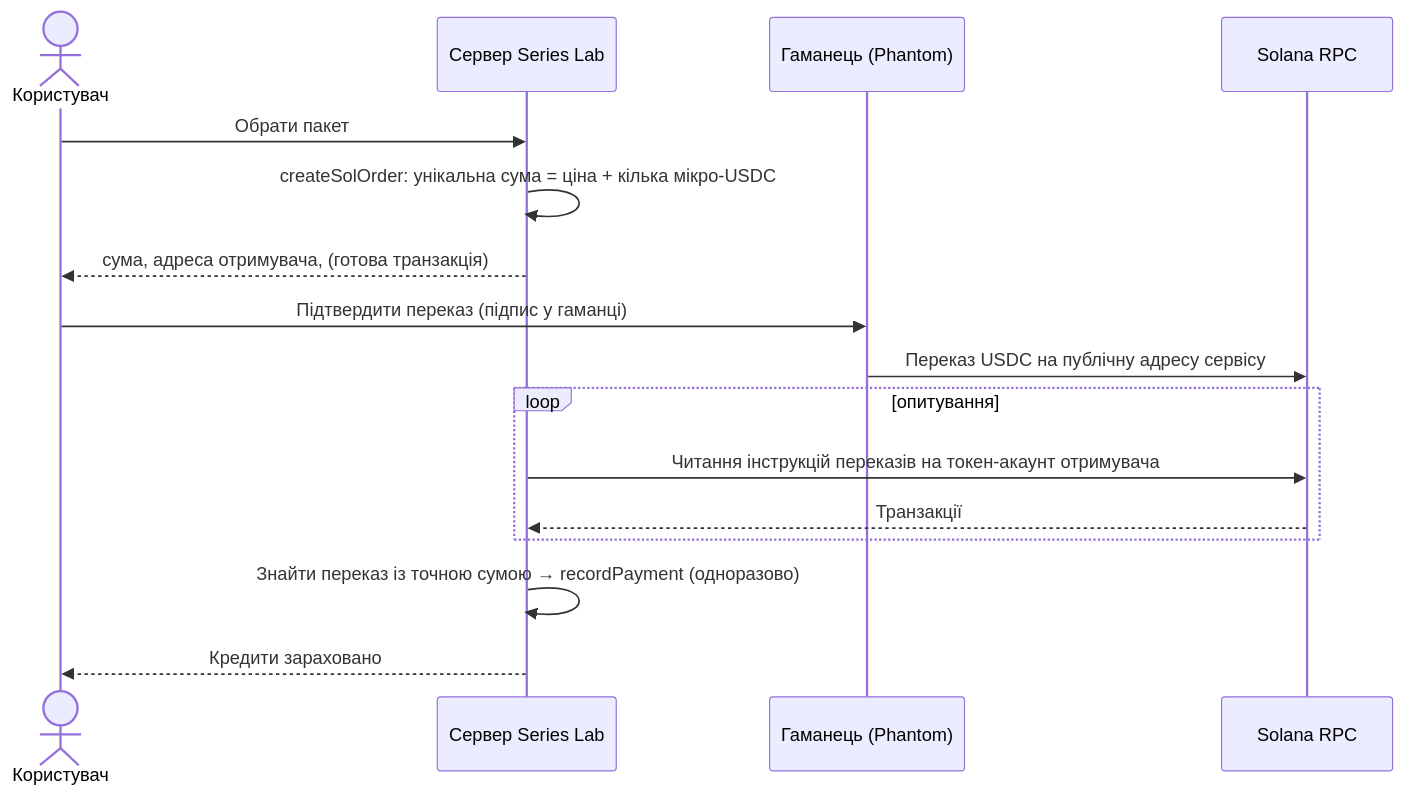
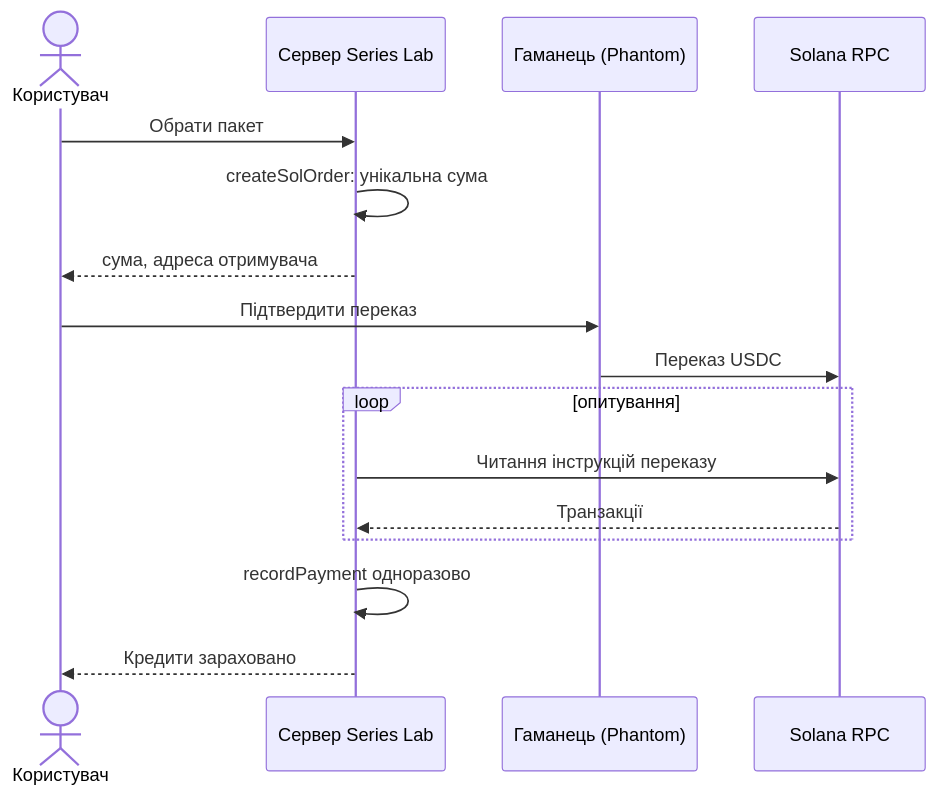
The seventh of 7 diagrams in diploma/06-rozdil3-realizatsiya.md (ech2corrosionrrd/series-studio), drawn with Mermaid before and after one commit. The commit also changed other lines of this file and 2 other files, not shown here.

````diff
--- a/diploma/06-rozdil3-realizatsiya.md
+++ b/diploma/06-rozdil3-realizatsiya.md
@@ -174,18 +254,18 @@
 ```mermaid
 sequenceDiagram
   actor U as Користувач
   participant S as Сервер Series Lab
   participant W as Гаманець (Phantom)
   participant R as Solana RPC
   U->>S: Обрати пакет
-  S->>S: createSolOrder: унікальна сума = ціна + кілька мікро-USDC
-  S-->>U: сума, адреса отримувача, (готова транзакція)
-  U->>W: Підтвердити переказ (підпис у гаманці)
-  W->>R: Переказ USDC на публічну адресу сервісу
+  S->>S: createSolOrder: унікальна сума
+  S-->>U: сума, адреса отримувача
+  U->>W: Підтвердити переказ
+  W->>R: Переказ USDC
   loop опитування
-    S->>R: Читання інструкцій переказів на токен-акаунт отримувача
+    S->>R: Читання інструкцій переказу
     R-->>S: Транзакції
   end
-  S->>S: Знайти переказ із точною сумою → recordPayment (одноразово)
+  S->>S: recordPayment одноразово
   S-->>U: Кредити зараховано
 ```
````
